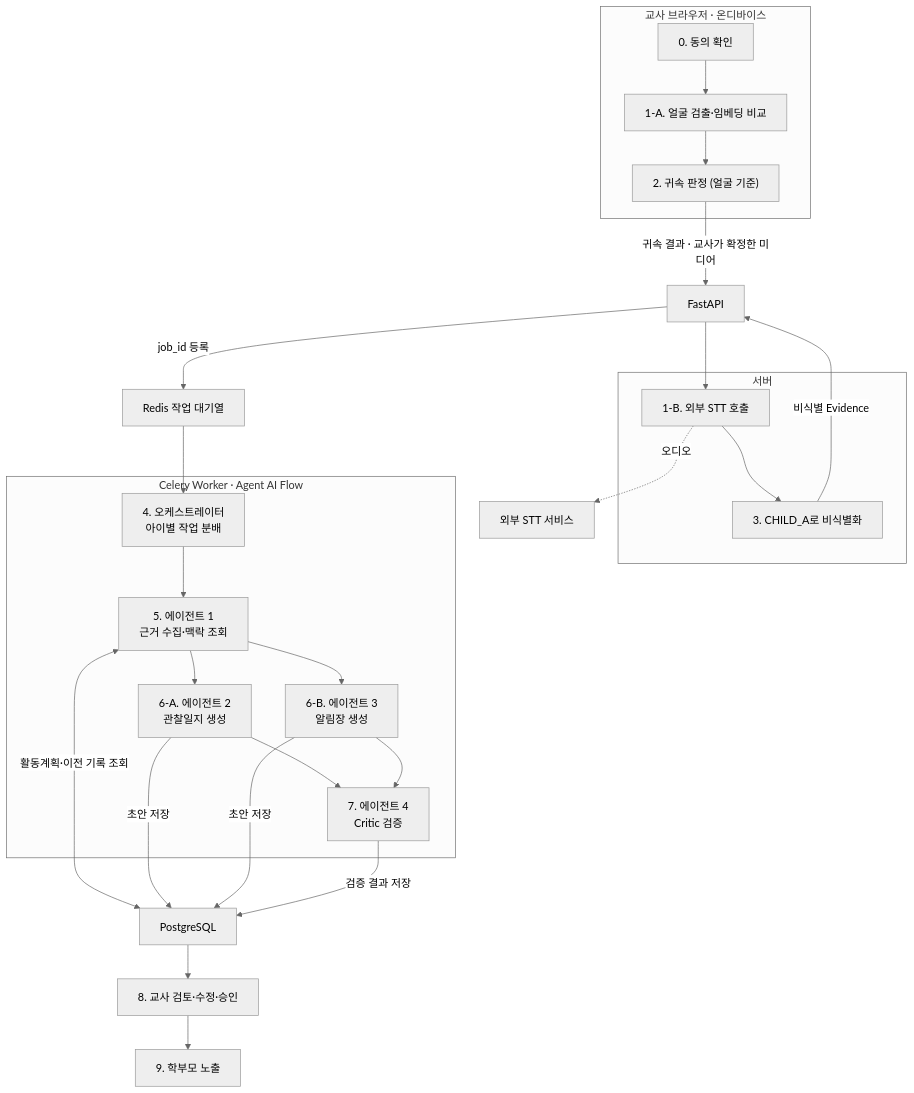
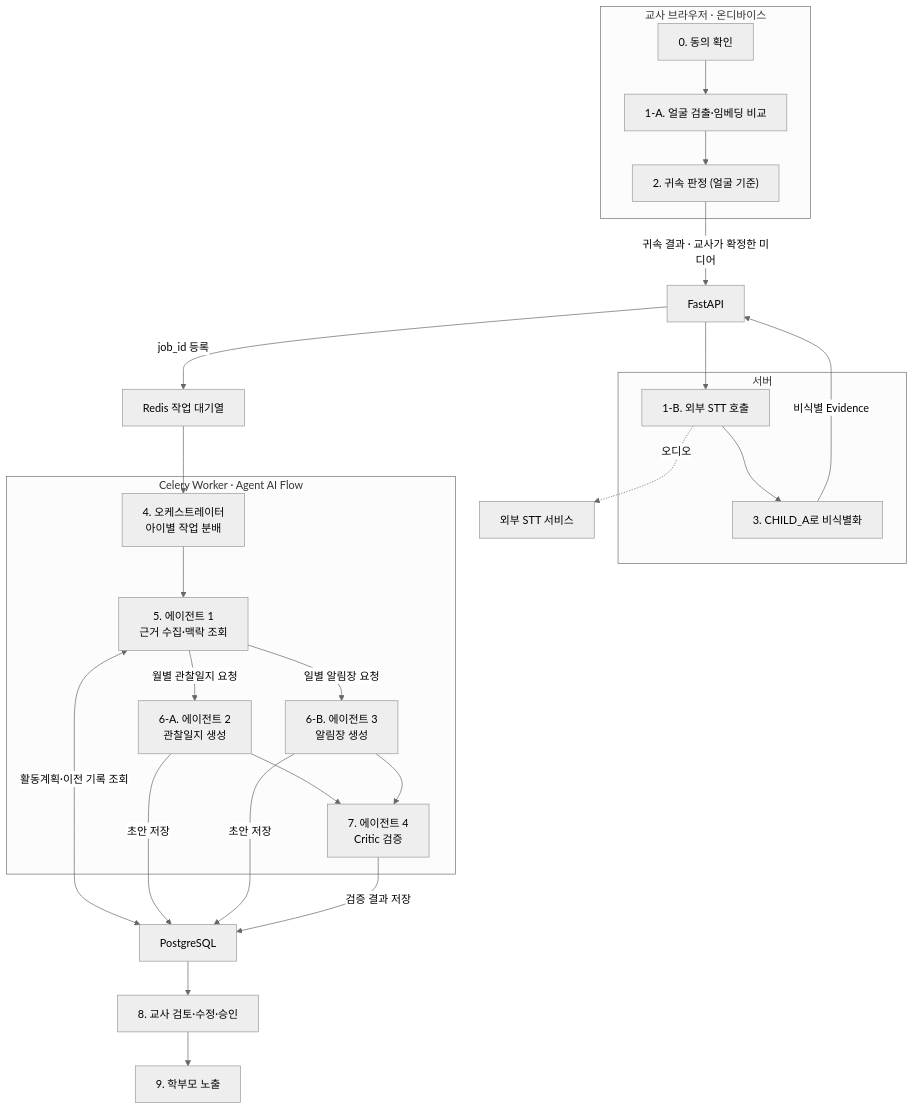
One commit to kakaotechcampus-4/ktc4-chungnam-4 changed the eighth of 10 diagrams in docs/테크스펙.md. Above: the diagram before and after it, drawn with Mermaid (neutral theme). The commit also changed other lines of this file and 6 other files, not shown here.

````diff
--- a/docs/테크스펙.md
+++ b/docs/테크스펙.md
@@ -1339,51 +1339,51 @@
 ```mermaid
 flowchart TB
     subgraph DEVICE["교사 브라우저 · 온디바이스"]
         CONSENT["0. 동의 확인"]
         FACE["1-A. 얼굴 검출·임베딩 비교"]
         MATCH["2. 귀속 판정 (얼굴 기준)"]
 
         CONSENT --> FACE
         FACE --> MATCH
     end
 
     MATCH -->|"귀속 결과 · 교사가 확정한 미디어"| API["FastAPI"]
 
     subgraph SERVER["서버"]
         STT["1-B. 외부 STT 호출"]
         ANON["3. CHILD_A로 비식별화"]
 
         STT --> ANON
     end
 
     API --> STT
     STT -.->|"오디오"| EXTSTT["외부 STT 서비스"]
     ANON -->|"비식별 Evidence"| API
 
     API -->|"job_id 등록"| REDIS["Redis 작업 대기열"]
 
     subgraph WORKER["Celery Worker · Agent AI Flow"]
         ORCH["4. 오케스트레이터<br/>아이별 작업 분배"]
         AGENT1["5. 에이전트 1<br/>근거 수집·맥락 조회"]
         AGENT2["6-A. 에이전트 2<br/>관찰일지 생성"]
         AGENT3["6-B. 에이전트 3<br/>알림장 생성"]
         CRITIC["7. 에이전트 4<br/>Critic 검증"]
 
         ORCH --> AGENT1
-        AGENT1 --> AGENT2
-        AGENT1 --> AGENT3
+        AGENT1 -->|"월별 관찰일지 요청"| AGENT2
+        AGENT1 -->|"일별 알림장 요청"| AGENT3
         AGENT2 --> CRITIC
         AGENT3 --> CRITIC
     end
 
     REDIS --> ORCH
 
     AGENT1 <-->|"활동계획·이전 기록 조회"| DB["PostgreSQL"]
     AGENT2 -->|"초안 저장"| DB
     AGENT3 -->|"초안 저장"| DB
     CRITIC -->|"검증 결과 저장"| DB
 
     DB --> REVIEW["8. 교사 검토·수정·승인"]
     REVIEW --> PUBLISH["9. 학부모 노출"]
     
 ```
````
